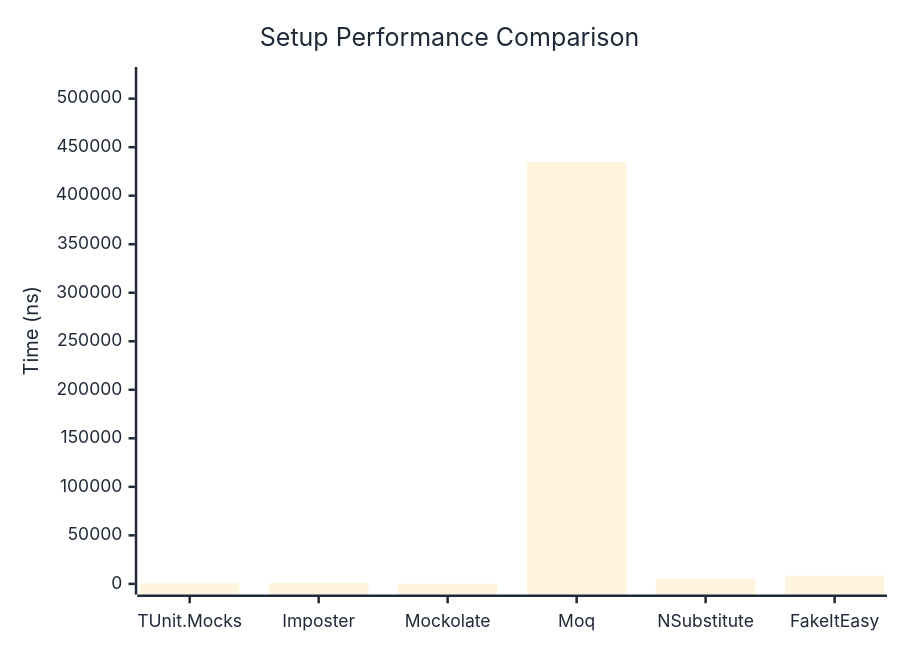
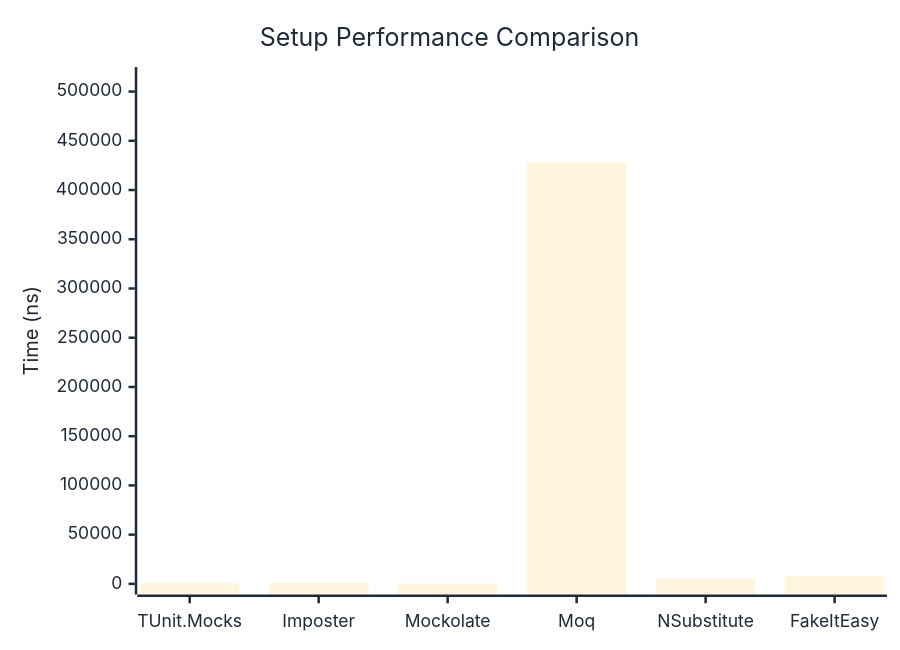
One commit to thomhurst/TUnit changed the first of 2 diagrams in docs/docs/benchmarks/mocks/Setup.md. Above: the diagram before and after it, drawn with Mermaid. The commit also changed other lines of this file and 14 other files, not shown here.

````diff
--- a/docs/docs/benchmarks/mocks/Setup.md
+++ b/docs/docs/benchmarks/mocks/Setup.md
@@ -30,27 +30,27 @@
 ```mermaid
 %%{init: {
   'theme':'base',
   'themeVariables': {
     'primaryColor': '#2563eb',
     'primaryTextColor': '#1f2937',
     'primaryBorderColor': '#1e40af',
     'lineColor': '#6b7280',
     'secondaryColor': '#7c3aed',
     'tertiaryColor': '#dc2626',
     'background': '#ffffff',
     'pie1': '#2563eb',
     'pie2': '#7c3aed',
     'pie3': '#dc2626',
     'pie4': '#f59e0b',
     'pie5': '#10b981',
     'pie6': '#06b6d4',
     'pie7': '#ec4899',
     'pie8': '#6366f1'
   }
 }}%%
 xychart-beta
   title "Setup Performance Comparison"
   x-axis ["TUnit.Mocks", "Imposter", "Mockolate", "Moq", "NSubstitute", "FakeItEasy"]
-  y-axis "Time (ns)" 0 --> 521663
-  bar [558.8, 860.3, 319.1, 434718.6, 5516.8, 8372.9]
+  y-axis "Time (ns)" 0 --> 514153
+  bar [516.2, 820.1, 305.8, 428460.7, 5284.6, 8235.5]
 ```
````
